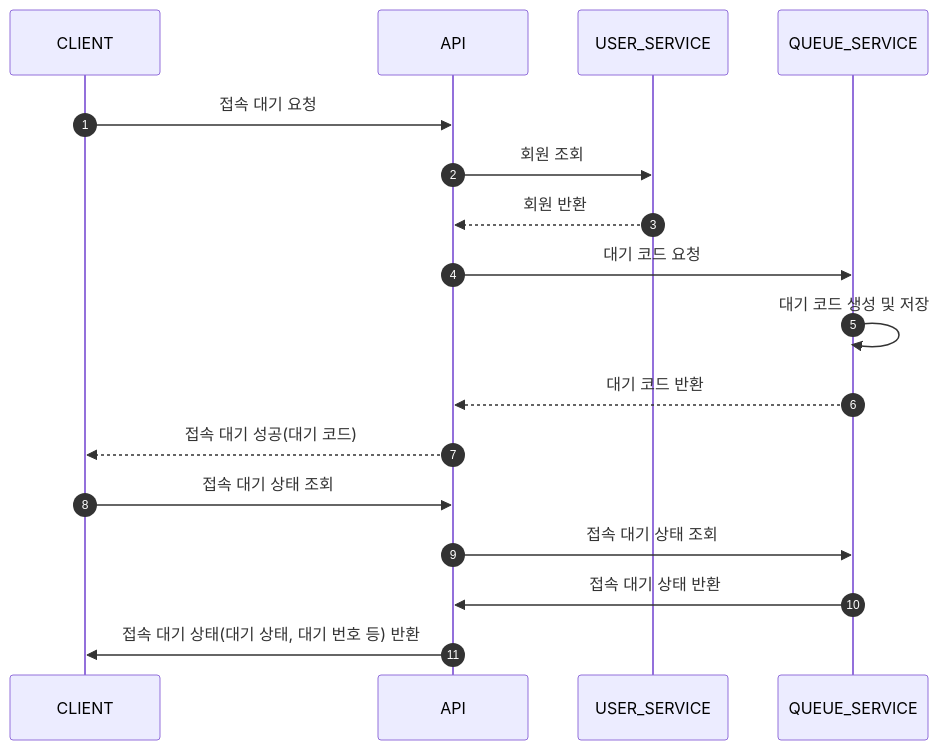
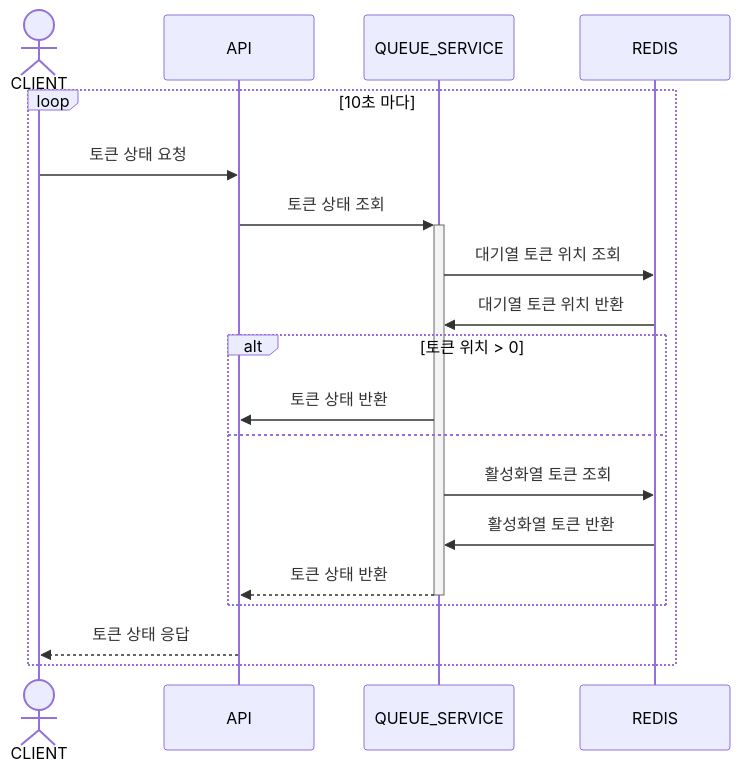
The second of 6 diagrams in docs/시퀀스 다이어그램.md (simhw/hhplus-concert-java), drawn with Mermaid before and after one commit. The commit also changed other lines of this file and 4 other files, not shown here.

````diff
--- a/docs/시퀀스 다이어그램.md
+++ b/docs/시퀀스 다이어그램.md
@@ -5,20 +30,22 @@
 ```mermaid
 sequenceDiagram
-    autonumber
-    participant CLIENT
+    actor CLIENT
     participant API
-    participant USER_SERVICE
     participant QUEUE_SERVICE
-    CLIENT ->> API: 접속 대기 요청
-    API ->> USER_SERVICE: 회원 조회
-    USER_SERVICE -->> API: 회원 반환
-    API ->> QUEUE_SERVICE: 대기 코드 요청
-    QUEUE_SERVICE ->> QUEUE_SERVICE: 대기 코드 생성 및 저장
-    QUEUE_SERVICE -->> API: 대기 코드 반환
-    API -->> CLIENT: 접속 대기 성공(대기 코드)
-    CLIENT ->> API: 접속 대기 상태 조회
-    API ->> QUEUE_SERVICE: 접속 대기 상태 조회
-    QUEUE_SERVICE ->> API: 접속 대기 상태 반환
-    API ->> CLIENT: 접속 대기 상태(대기 상태, 대기 번호 등) 반환
-
+    participant REDIS
+%% Step 2: 토큰 상태 확인  
+    loop 10초 마다
+        CLIENT ->> API: 토큰 상태 요청
+        API ->> + QUEUE_SERVICE: 토큰 상태 조회
+        QUEUE_SERVICE ->> REDIS: 대기열 토큰 위치 조회
+        REDIS ->> QUEUE_SERVICE: 대기열 토큰 위치 반환
+        alt 토큰 위치 > 0
+            QUEUE_SERVICE ->> API: 토큰 상태 반환
+        else
+            QUEUE_SERVICE ->> REDIS: 활성화열 토큰 조회
+            REDIS ->> QUEUE_SERVICE: 활성화열 토큰 반환
+            QUEUE_SERVICE -->> - API: 토큰 상태 반환
+        end
+        API -->> CLIENT: 토큰 상태 응답
+    end 
 ```
````
